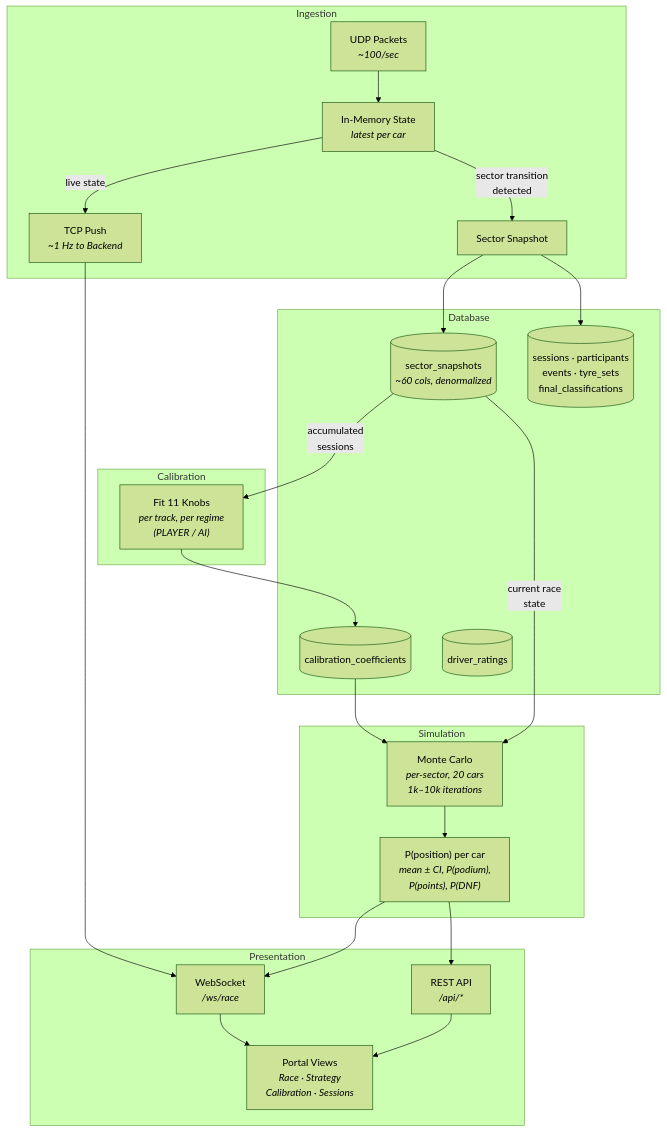
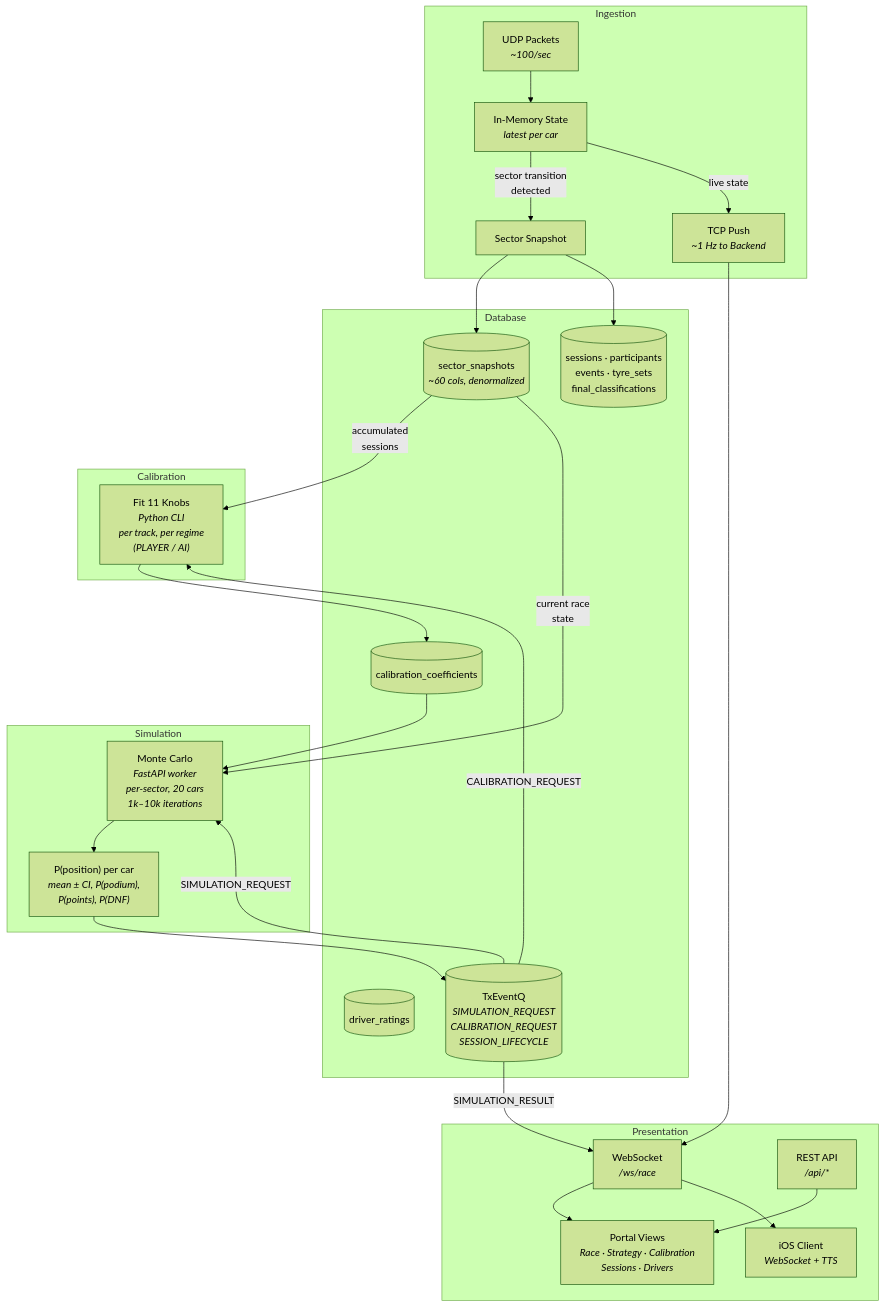
Before and after one commit to vmleon/f12025-race-strategy-simulation: the second of 2 diagrams in README.md, drawn with Mermaid (forest theme). The commit also changed other lines of this file, not shown here.

Commit message:
docs: update README to reflect current architecture and modules

````diff
--- a/README.md
+++ b/README.md
@@ -37,47 +43,52 @@
 ```mermaid
 graph TD
     subgraph Ingestion
         UDP["UDP Packets<br/><i>~100/sec</i>"]
         Mem["In-Memory State<br/><i>latest per car</i>"]
         Snap["Sector Snapshot"]
         TCP["TCP Push<br/><i>~1 Hz to Backend</i>"]
         UDP --> Mem
         Mem -- "sector transition<br/>detected" --> Snap
         Mem -- "live state" --> TCP
     end
 
     subgraph Database
         SS[("sector_snapshots<br/><i>~60 cols, denormalized</i>")]
         CC[("calibration_coefficients")]
         DR[("driver_ratings")]
         Aux[("sessions · participants<br/>events · tyre_sets<br/>final_classifications")]
+        Q[("TxEventQ<br/><i>SIMULATION_REQUEST<br/>CALIBRATION_REQUEST<br/>SESSION_LIFECYCLE</i>")]
     end
 
     subgraph Calibration
-        Fit["Fit 11 Knobs<br/><i>per track, per regime<br/>(PLAYER / AI)</i>"]
+        Fit["Fit 11 Knobs<br/><i>Python CLI<br/>per track, per regime<br/>(PLAYER / AI)</i>"]
     end
 
     subgraph Simulation
-        MC["Monte Carlo<br/><i>per-sector, 20 cars<br/>1k–10k iterations</i>"]
+        MC["Monte Carlo<br/><i>FastAPI worker<br/>per-sector, 20 cars<br/>1k–10k iterations</i>"]
         Out["P(position) per car<br/><i>mean ± CI, P(podium),<br/>P(points), P(DNF)</i>"]
         MC --> Out
     end
 
     subgraph Presentation
         WS["WebSocket<br/><i>/ws/race</i>"]
         REST["REST API<br/><i>/api/*</i>"]
-        Views["Portal Views<br/><i>Race · Strategy<br/>Calibration · Sessions</i>"]
+        Views["Portal Views<br/><i>Race · Strategy · Calibration<br/>Sessions · Drivers</i>"]
+        iOS["iOS Client<br/><i>WebSocket + TTS</i>"]
         WS --> Views
+        WS --> iOS
         REST --> Views
     end
 
     Snap --> SS
     Snap --> Aux
     TCP --> WS
+    Q -- "CALIBRATION_REQUEST" --> Fit
     SS -- "accumulated<br/>sessions" --> Fit
     Fit --> CC
+    Q -- "SIMULATION_REQUEST" --> MC
     CC --> MC
     SS -- "current race<br/>state" --> MC
-    Out --> WS
-    Out --> REST
+    Out --> Q
+    Q -- "SIMULATION_RESULT" --> WS
 ```
````
